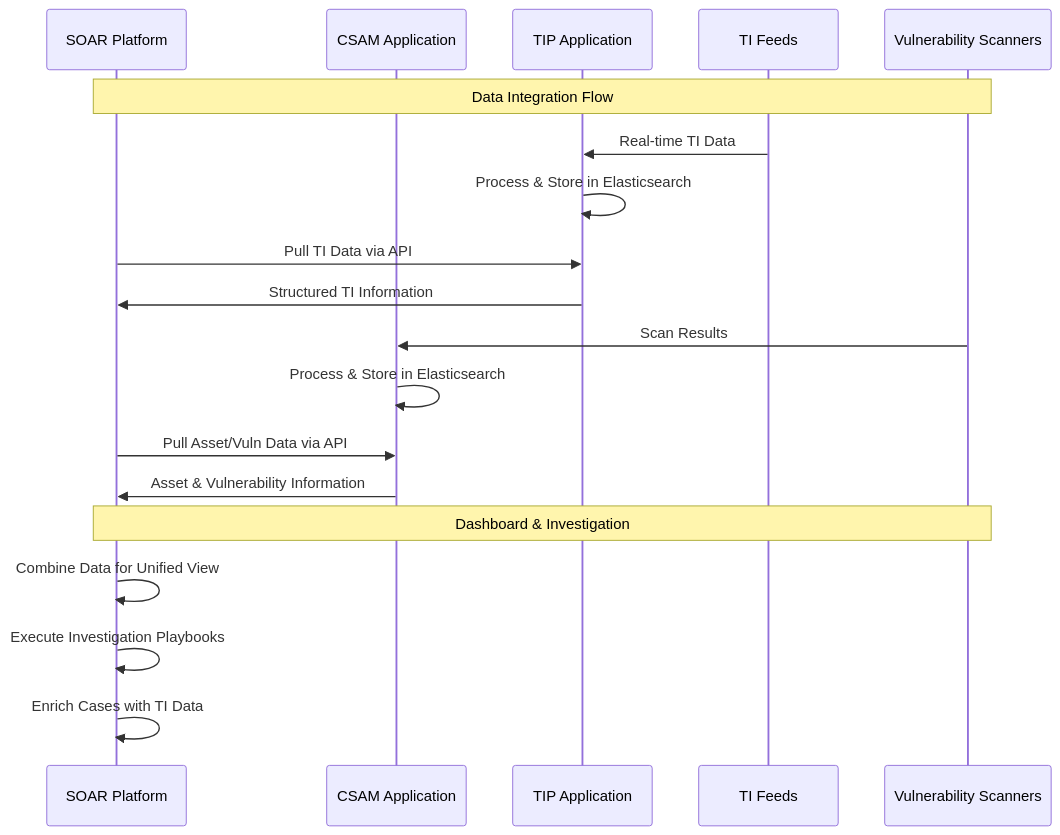
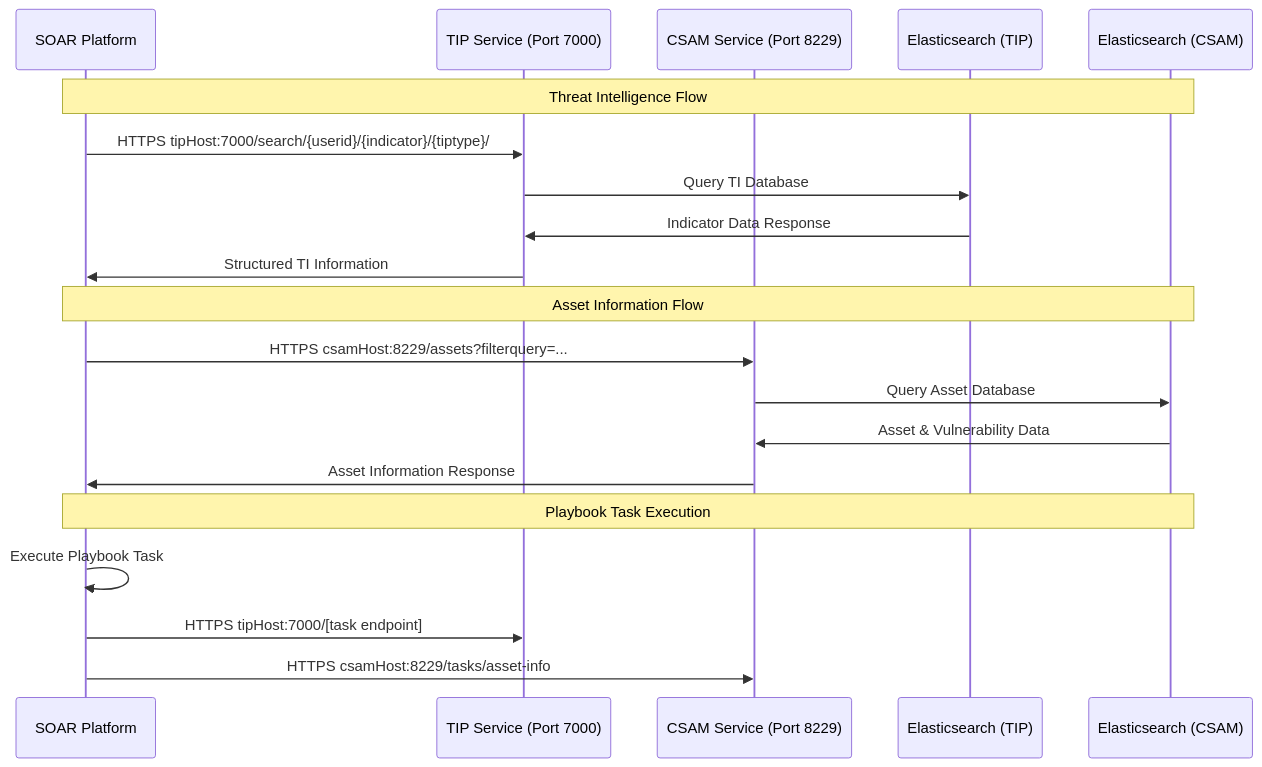
The second of 14 diagrams in SOAR_Architecture_SIEM_TI_Integration_Documentation.md (Vishwa0220/customers-docs), drawn with Mermaid before and after one commit. The commit also changed other lines of this file, not shown here.

````diff
--- a/SOAR_Architecture_SIEM_TI_Integration_Documentation.md
+++ b/SOAR_Architecture_SIEM_TI_Integration_Documentation.md
@@ -108,26 +106,28 @@
 ```mermaid
 sequenceDiagram
     participant SOAR as SOAR Platform
-    participant CSAM as CSAM Application
-    participant TIP as TIP Application
-    participant TI_FEED as TI Feeds
-    participant VULN as Vulnerability Scanners
+    participant TIP as TIP Service (Port 7000)
+    participant CSAM as CSAM Service (Port 8229)
+    participant ELASTIC_TIP as Elasticsearch (TIP)
+    participant ELASTIC_CSAM as Elasticsearch (CSAM)
     
-    Note over SOAR,VULN: Data Integration Flow
+    Note over SOAR,ELASTIC_CSAM: Threat Intelligence Flow
     
-    TI_FEED->>TIP: Real-time TI Data
-    TIP->>TIP: Process & Store in Elasticsearch
-    SOAR->>TIP: Pull TI Data via API
+    SOAR->>TIP: HTTPS tipHost:7000/search/{userid}/{indicator}/{tiptype}/
+    TIP->>ELASTIC_TIP: Query TI Database
+    ELASTIC_TIP->>TIP: Indicator Data Response
     TIP->>SOAR: Structured TI Information
     
-    VULN->>CSAM: Scan Results
-    CSAM->>CSAM: Process & Store in Elasticsearch
-    SOAR->>CSAM: Pull Asset/Vuln Data via API
-    CSAM->>SOAR: Asset & Vulnerability Information
+    Note over SOAR,ELASTIC_CSAM: Asset Information Flow
     
-    Note over SOAR,VULN: Dashboard & Investigation
+    SOAR->>CSAM: HTTPS csamHost:8229/assets?filterquery=...
+    CSAM->>ELASTIC_CSAM: Query Asset Database
+    ELASTIC_CSAM->>CSAM: Asset & Vulnerability Data
+    CSAM->>SOAR: Asset Information Response
     
-    SOAR->>SOAR: Combine Data for Unified View
-    SOAR->>SOAR: Execute Investigation Playbooks
-    SOAR->>SOAR: Enrich Cases with TI Data
+    Note over SOAR,ELASTIC_CSAM: Playbook Task Execution
+    
+    SOAR->>SOAR: Execute Playbook Task
+    SOAR->>TIP: HTTPS tipHost:7000/[task endpoint]
+    SOAR->>CSAM: HTTPS csamHost:8229/tasks/asset-info
 ```
````
